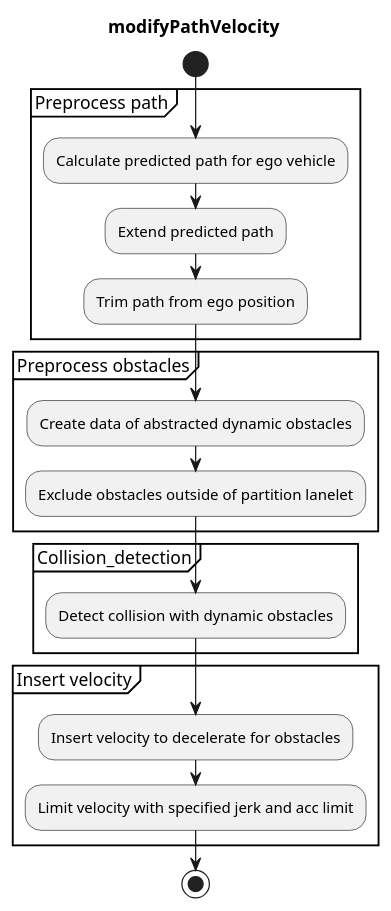
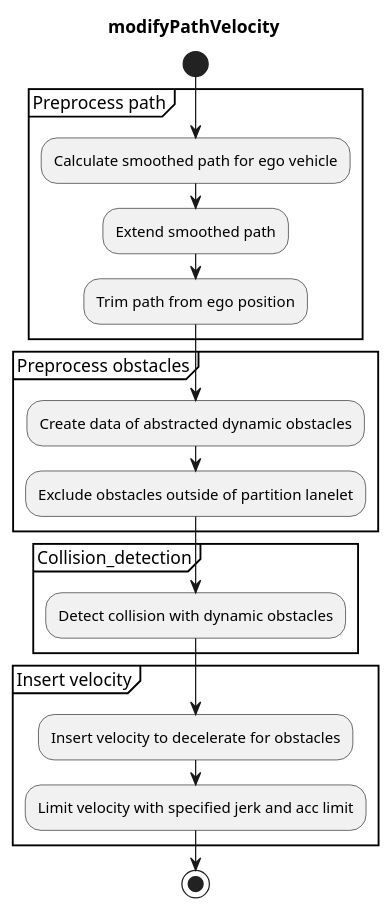
The diagram in planning/behavior_velocity_planner/dynamic-obstacle-stop-design.md (TomohitoAndo/autoware.universe), drawn with PlantUML before and after one commit. The commit also changed other lines of this file and 2 other files, not shown here.

Commit message:
docs: replace predicted with smoothed for path velocity

````diff
--- a/planning/behavior_velocity_planner/dynamic-obstacle-stop-design.md
+++ b/planning/behavior_velocity_planner/dynamic-obstacle-stop-design.md
@@ -17,28 +17,28 @@
 ```plantuml
 @startuml
 title modifyPathVelocity
 start
 
 partition "Preprocess path" {
-:Calculate predicted path for ego vehicle;
-:Extend predicted path;
+:Calculate smoothed path for ego vehicle;
+:Extend smoothed path;
 :Trim path from ego position;
 }
 
 partition "Preprocess obstacles" {
 :Create data of abstracted dynamic obstacles;
 :Exclude obstacles outside of partition lanelet;
 }
 
 partition "Collision_detection" {
 :Detect collision with dynamic obstacles;
 }
 
 partition "Insert velocity" {
 :Insert velocity to decelerate for obstacles;
 
 :Limit velocity with specified jerk and acc limit;
 }
 stop
 @enduml
 ```
````
